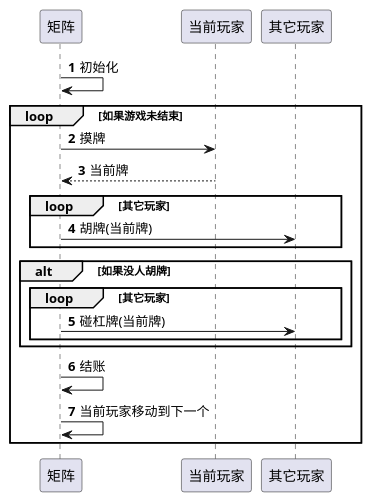
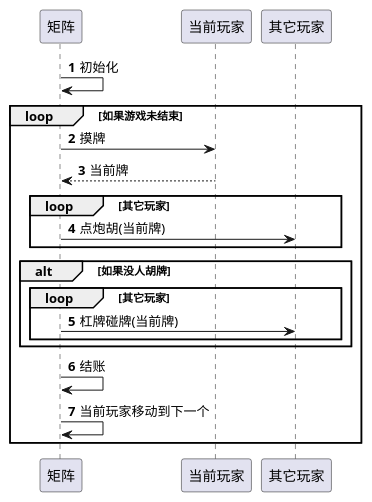
Before and after one commit to guci314/MaJiang: the diagram in src/main/java/com/guci/MaJiangGame/GameSequence.puml, drawn with PlantUML. The commit also changed 38 other files, not shown here.

```diff
--- a/src/main/java/com/guci/MaJiangGame/GameSequence.puml
+++ b/src/main/java/com/guci/MaJiangGame/GameSequence.puml
@@ -1,22 +1,22 @@
 @startuml
 'https://plantuml.com/sequence-diagram
 
 autonumber
 
 矩阵 -> 矩阵 : 初始化
 loop 如果游戏未结束
     矩阵 -> 当前玩家: 摸牌
     return 当前牌
     loop 其它玩家
-        矩阵 -> 其它玩家: 胡牌(当前牌)
+        矩阵 -> 其它玩家: 点炮胡(当前牌)
     end
     alt 如果没人胡牌
         loop 其它玩家
-            矩阵 -> 其它玩家: 碰杠牌(当前牌)
+            矩阵 -> 其它玩家: 杠牌碰牌(当前牌)
         end
     end
     矩阵 -> 矩阵 : 结账
     矩阵 -> 矩阵 : 当前玩家移动到下一个
 end
 
 @enduml
```
